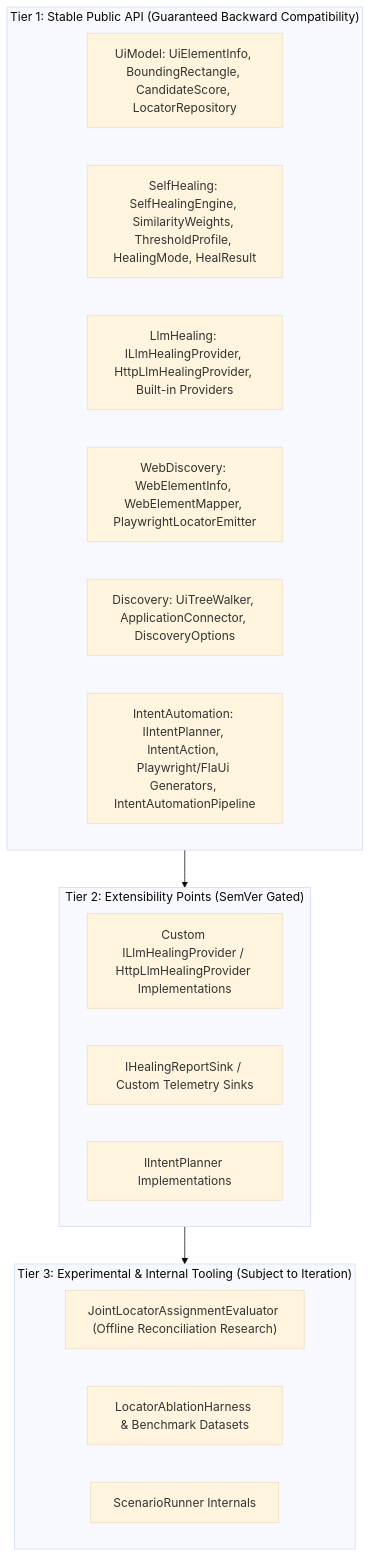
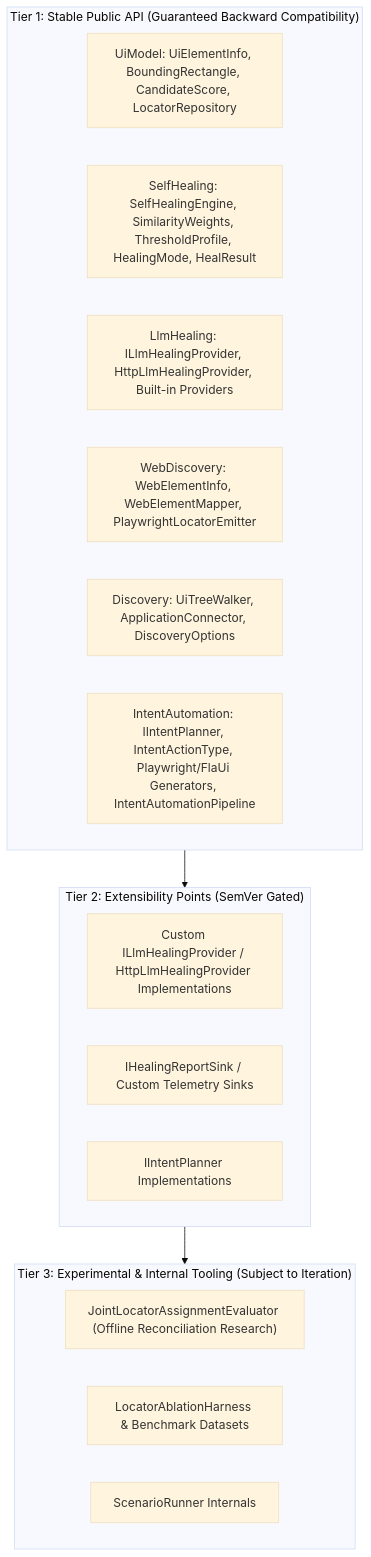
The first of 2 diagrams in docs/versioning-and-stability.md (mustafasercansak/automation-sandbox), drawn with Mermaid (base theme) before and after one commit. The commit also changed other lines of this file and 7 other files, not shown here.

````diff
--- a/docs/versioning-and-stability.md
+++ b/docs/versioning-and-stability.md
@@ -22,26 +22,26 @@
 ```mermaid
 flowchart TD
     subgraph StablePublic ["Tier 1: Stable Public API (Guaranteed Backward Compatibility)"]
         UiModel["UiModel: UiElementInfo, BoundingRectangle, CandidateScore, LocatorRepository"]
         SelfHealing["SelfHealing: SelfHealingEngine, SimilarityWeights, ThresholdProfile, HealingMode, HealResult"]
         LlmHealing["LlmHealing: ILlmHealingProvider, HttpLlmHealingProvider, Built-in Providers"]
         WebDiscovery["WebDiscovery: WebElementInfo, WebElementMapper, PlaywrightLocatorEmitter"]
         Discovery["Discovery: UiTreeWalker, ApplicationConnector, DiscoveryOptions"]
-        Intent["IntentAutomation: IIntentPlanner, IntentAction, Playwright/FlaUi Generators, IntentAutomationPipeline"]
+        Intent["IntentAutomation: IIntentPlanner, IntentActionType, Playwright/FlaUi Generators, IntentAutomationPipeline"]
     end
 
     subgraph Extensibility ["Tier 2: Extensibility Points (SemVer Gated)"]
         CustomProviders["Custom ILlmHealingProvider / HttpLlmHealingProvider Implementations"]
         CustomSinks["IHealingReportSink / Custom Telemetry Sinks"]
         CustomPlanners["IIntentPlanner Implementations"]
     end
 
     subgraph Experimental ["Tier 3: Experimental & Internal Tooling (Subject to Iteration)"]
         Evaluators["JointLocatorAssignmentEvaluator (Offline Reconciliation Research)"]
         SyntheticHarness["LocatorAblationHarness & Benchmark Datasets"]
         InternalTests["ScenarioRunner Internals"]
     end
 
     StablePublic --> Extensibility
     Extensibility --> Experimental
 ```
````
